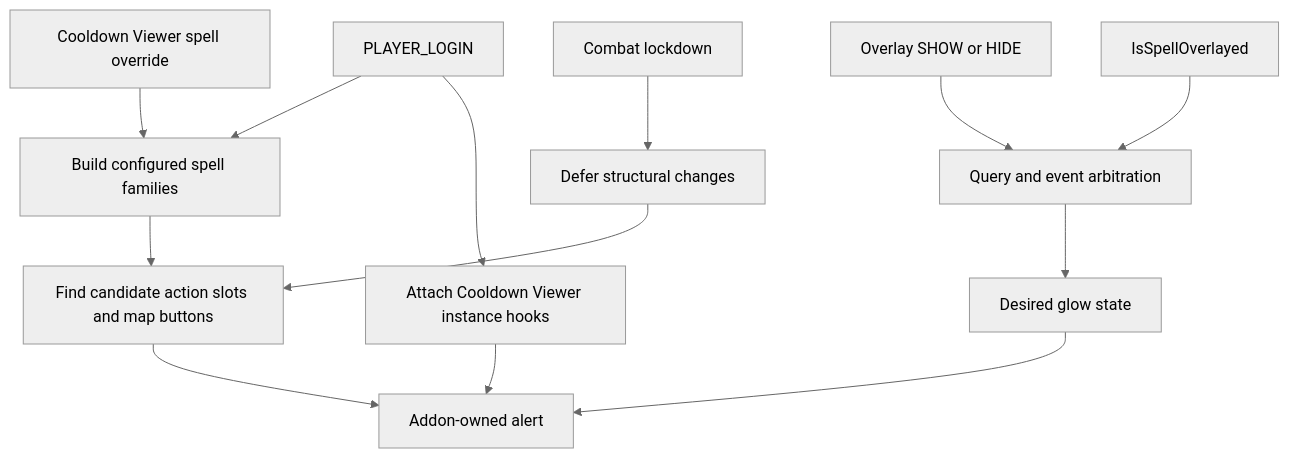
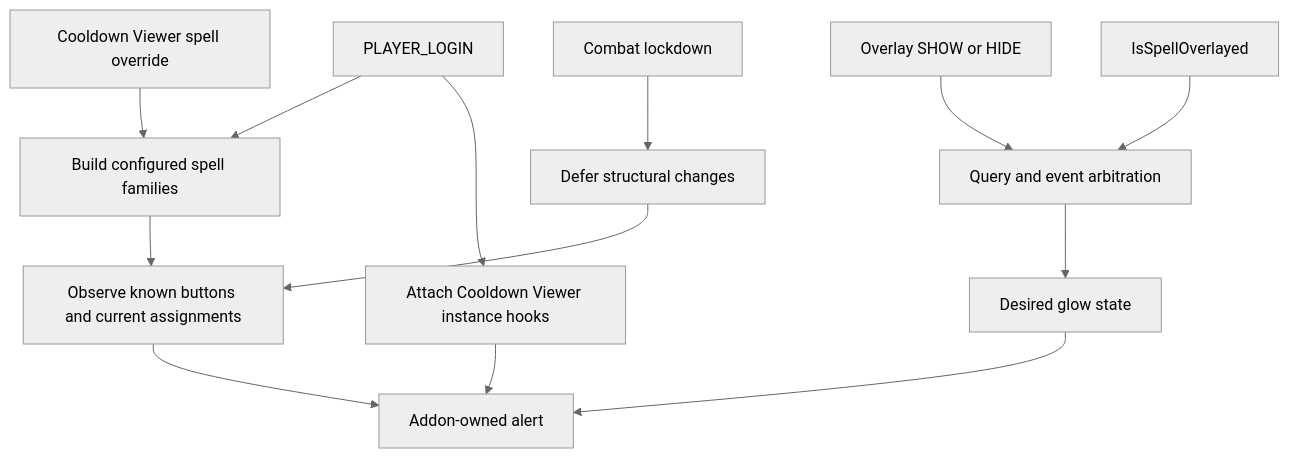
Before and after one commit to UnknownAlienHuman/sudden-doom-glow: the diagram in ARCHITECTURE.md, drawn with Mermaid (neutral theme). The commit also changed other lines of this file and 10 other files, not shown here.

````diff
--- a/ARCHITECTURE.md
+++ b/ARCHITECTURE.md
@@ -7,15 +7,15 @@
 ```mermaid
 flowchart TD
     Login[PLAYER_LOGIN] --> Family[Build configured spell families]
-    Family --> Mapping[Find candidate action slots and map buttons]
+    Family --> Mapping[Observe known buttons and current assignments]
     Login --> Viewer[Attach Cooldown Viewer instance hooks]
     Overlay[Overlay SHOW or HIDE] --> Arbitration[Query and event arbitration]
     Query[IsSpellOverlayed] --> Arbitration
     Override[Cooldown Viewer spell override] --> Family
     Arbitration --> State[Desired glow state]
     Mapping --> Render[Addon-owned alert]
     Viewer --> Render
     State --> Render
     Combat[Combat lockdown] --> Deferred[Defer structural changes]
     Deferred --> Mapping
 ```
````
